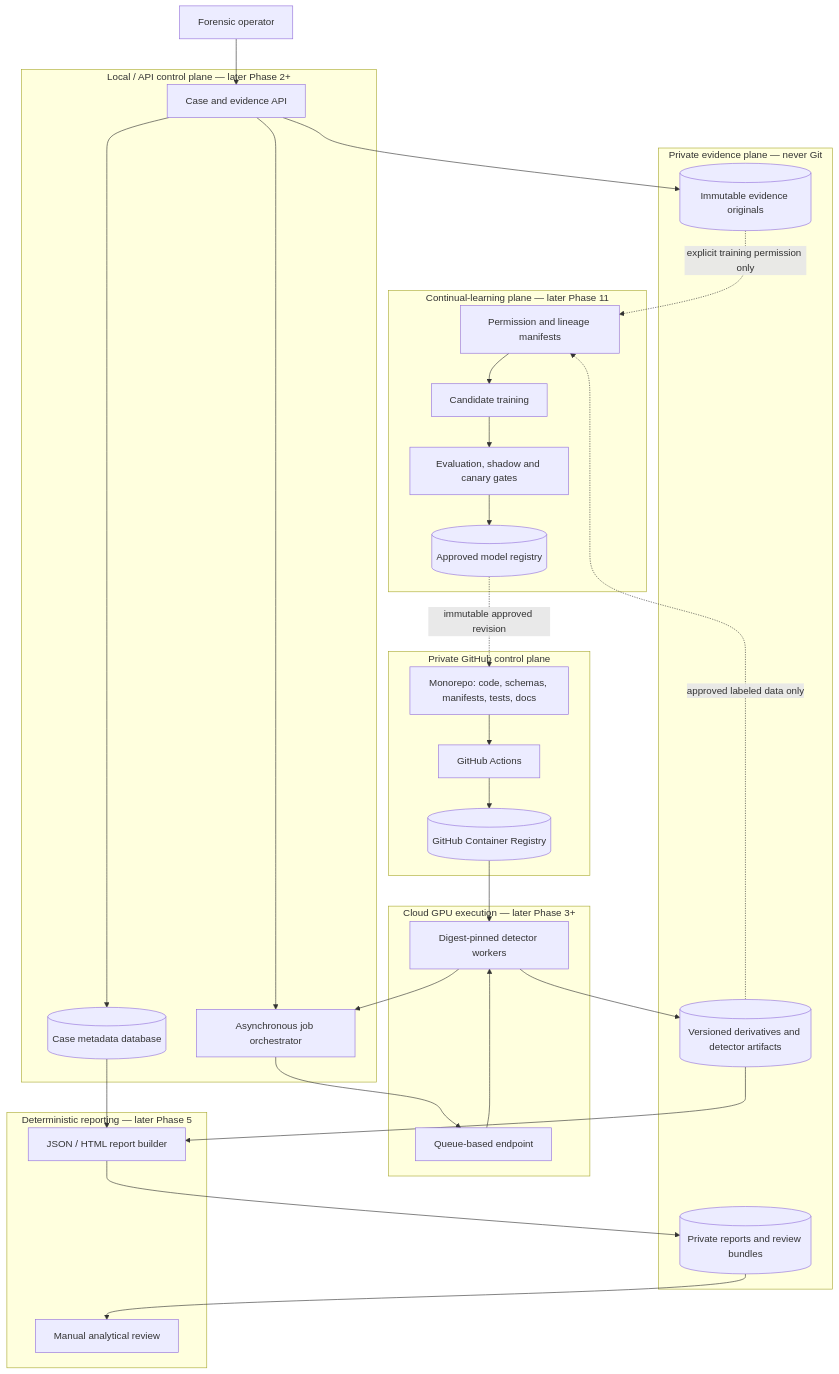
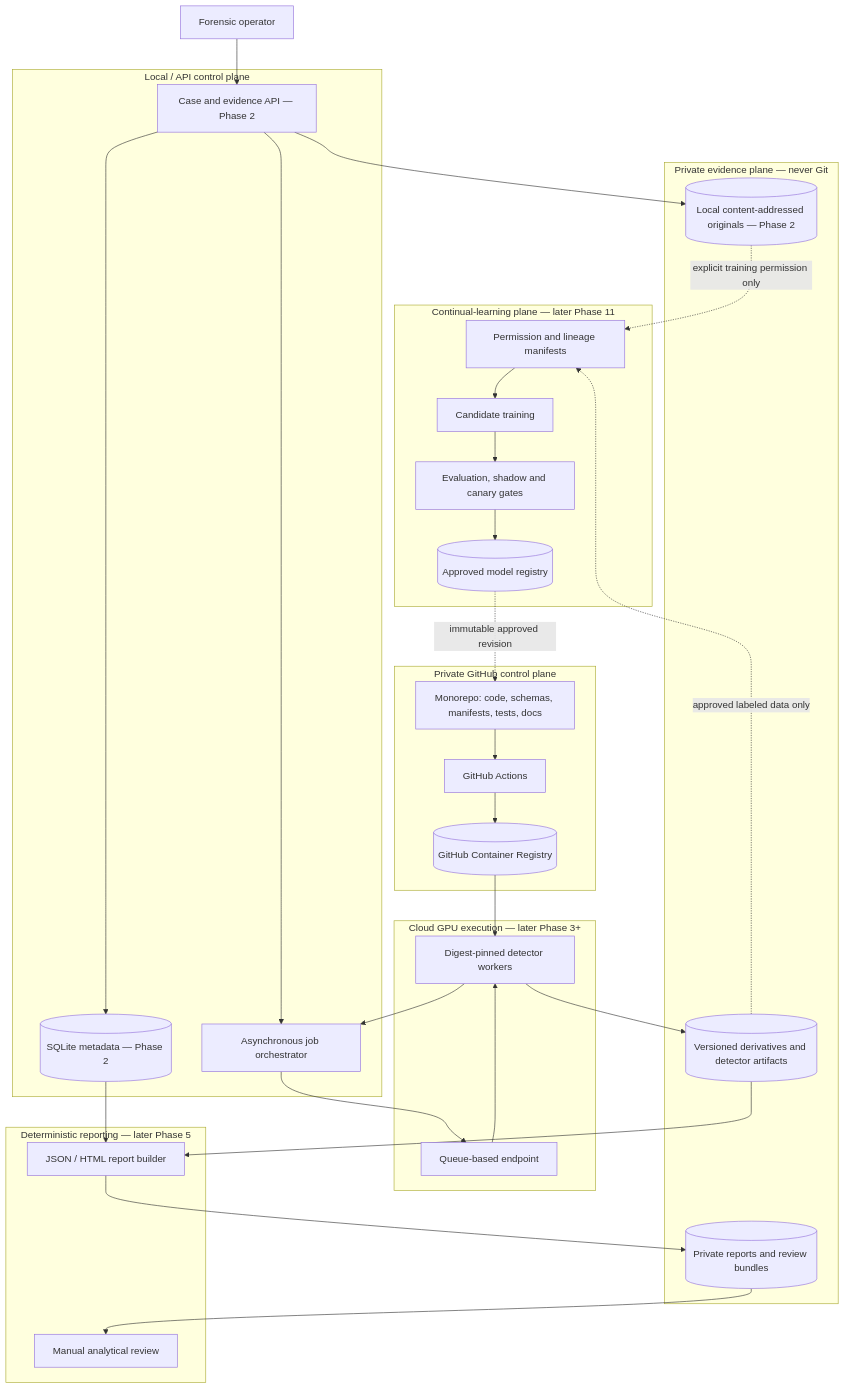
The first of 2 diagrams in docs/architecture/system-overview.md (aiforram1-stack/FInal-Boss-Detector), drawn with Mermaid before and after one commit. The commit also changed other lines of this file and 46 other files, not shown here.

Commit message:
feat(evidence): add local evidence intake and sealing

````diff
--- a/docs/architecture/system-overview.md
+++ b/docs/architecture/system-overview.md
@@ -11,58 +11,58 @@
 ```mermaid
 flowchart TB
     User[Forensic operator]
 
-    subgraph Local[Local / API control plane — later Phase 2+]
-        API[Case and evidence API]
+    subgraph Local[Local / API control plane]
+        API[Case and evidence API — Phase 2]
         Orchestrator[Asynchronous job orchestrator]
-        CaseDB[(Case metadata database)]
+        CaseDB[(SQLite metadata — Phase 2)]
     end
 
     subgraph Private[Private evidence plane — never Git]
-        Originals[(Immutable evidence originals)]
+        Originals[(Local content-addressed originals — Phase 2)]
         Derivatives[(Versioned derivatives and detector artifacts)]
         Reports[(Private reports and review bundles)]
     end
 
     subgraph GitHub[Private GitHub control plane]
         Repo[Monorepo: code, schemas, manifests, tests, docs]
         Actions[GitHub Actions]
         GHCR[(GitHub Container Registry)]
     end
 
     subgraph GPU[Cloud GPU execution — later Phase 3+]
         Queue[Queue-based endpoint]
         Workers[Digest-pinned detector workers]
     end
 
     subgraph Reporting[Deterministic reporting — later Phase 5]
         Builder[JSON / HTML report builder]
         Review[Manual analytical review]
     end
 
     subgraph Learning[Continual-learning plane — later Phase 11]
         Manifests[Permission and lineage manifests]
         Candidate[Candidate training]
         Eval[Evaluation, shadow and canary gates]
         Registry[(Approved model registry)]
     end
 
     User --> API
     API --> Originals
     API --> CaseDB
     API --> Orchestrator
     Orchestrator --> Queue --> Workers
     Workers --> Derivatives
     Workers --> Orchestrator
     CaseDB --> Builder
     Derivatives --> Builder
     Builder --> Reports --> Review
 
     Repo --> Actions --> GHCR
     GHCR --> Workers
 
     Originals -. explicit training permission only .-> Manifests
     Derivatives -. approved labeled data only .-> Manifests
     Manifests --> Candidate --> Eval --> Registry
     Registry -. immutable approved revision .-> Repo
 ```
````
